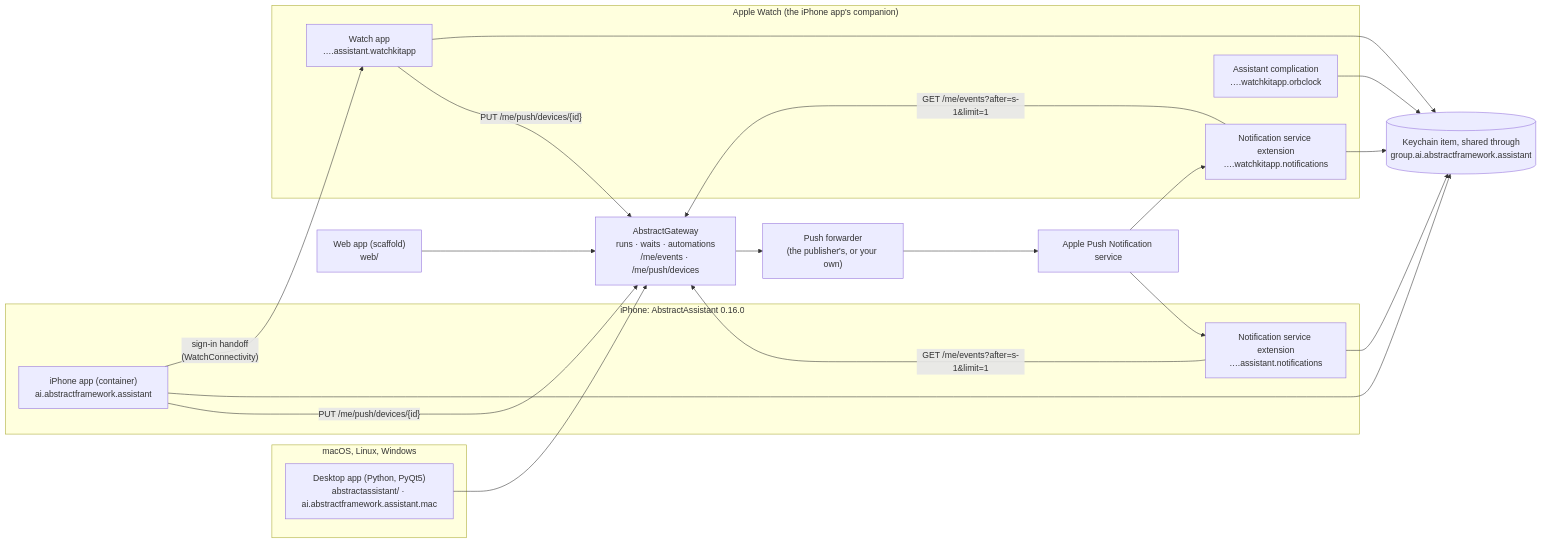
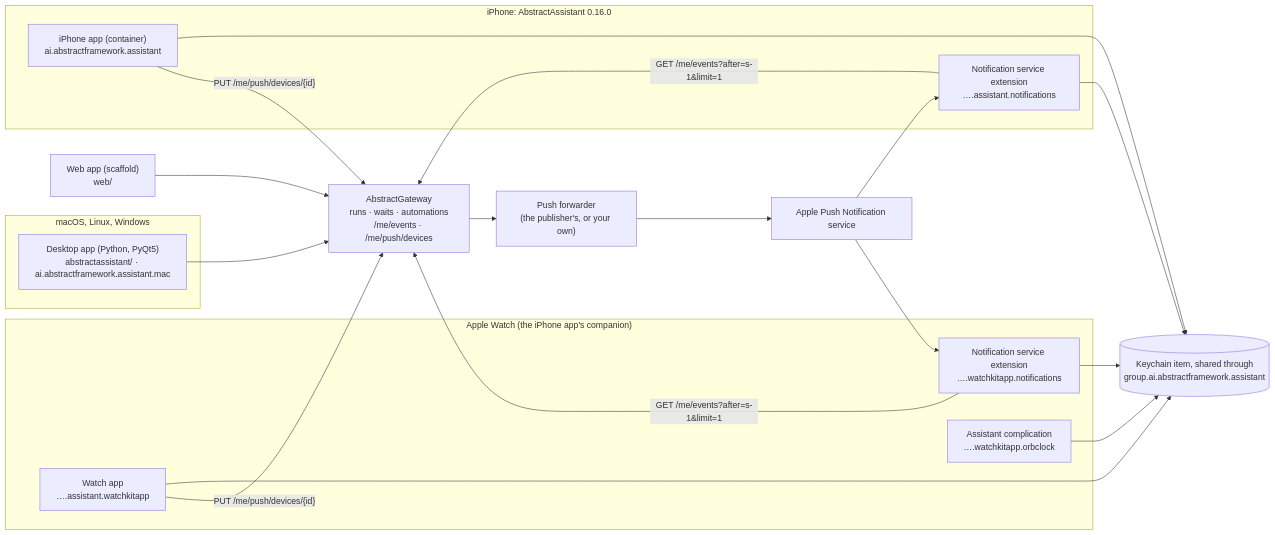
The fifth of 5 diagrams in docs/architecture.md (lpalbou/AbstractAssistant), drawn with Mermaid before and after one commit. The commit also changed other lines of this file and 25 other files, not shown here.

````diff
--- a/docs/architecture.md
+++ b/docs/architecture.md
@@ -413,36 +413,35 @@
 ```mermaid
 flowchart LR
   subgraph Mac["macOS, Linux, Windows"]
     Desk["Desktop app (Python, PyQt5)\nabstractassistant/ · ai.abstractframework.assistant.mac"]
   end
   subgraph Phone["iPhone: AbstractAssistant 0.16.0"]
     PApp["iPhone app (container)\nai.abstractframework.assistant"]
     PNSE["Notification service extension\n….assistant.notifications"]
   end
   subgraph Wrist["Apple Watch (the iPhone app's companion)"]
     WApp["Watch app\n….assistant.watchkitapp"]
     WNSE["Notification service extension\n….watchkitapp.notifications"]
     Face["Assistant complication\n….watchkitapp.orbclock"]
   end
   Keys[("Keychain item, shared through\ngroup.ai.abstractframework.assistant")]
   Web["Web app (scaffold)\nweb/"]
   GW["AbstractGateway\nruns · waits · automations\n/me/events · /me/push/devices"]
   Fwd["Push forwarder\n(the publisher's, or your own)"]
   APNs["Apple Push Notification service"]
 
-  PApp -- "sign-in handoff\n(WatchConnectivity)" --> WApp
   PApp --> Keys
   PNSE --> Keys
   WApp --> Keys
   WNSE --> Keys
   Face --> Keys
   Desk --> GW
   Web --> GW
   PApp -- "PUT /me/push/devices/{id}" --> GW
   WApp -- "PUT /me/push/devices/{id}" --> GW
   GW --> Fwd --> APNs
   APNs --> PNSE
   APNs --> WNSE
   PNSE -- "GET /me/events?after=s-1&limit=1" --> GW
   WNSE -- "GET /me/events?after=s-1&limit=1" --> GW
 ```
````
